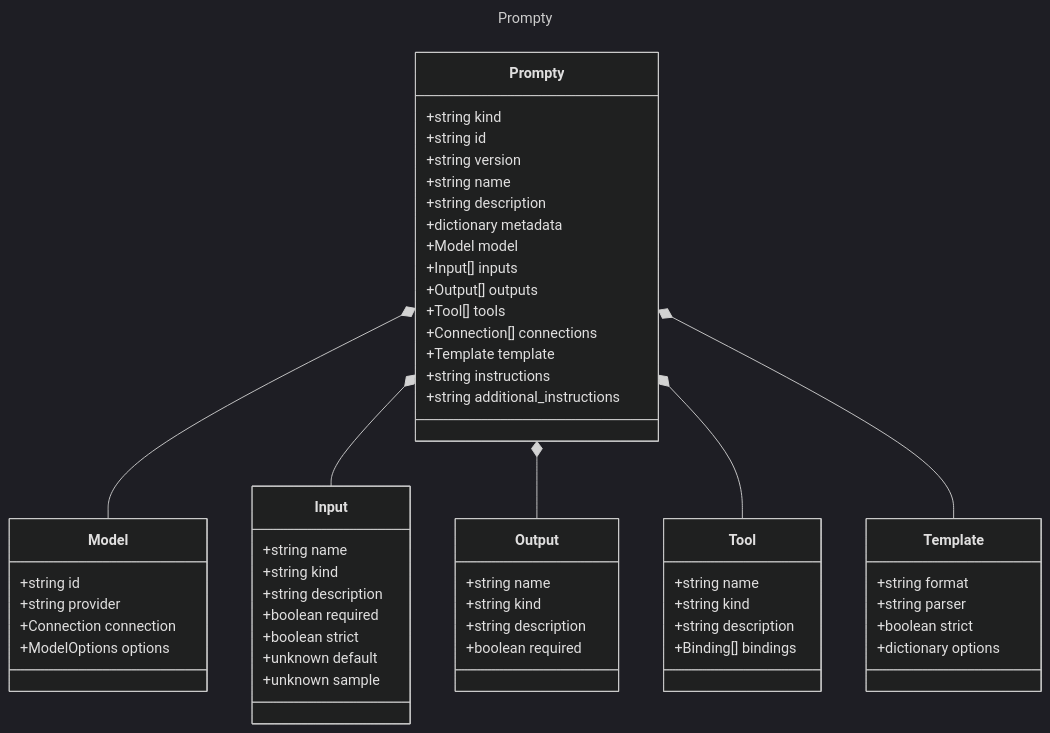
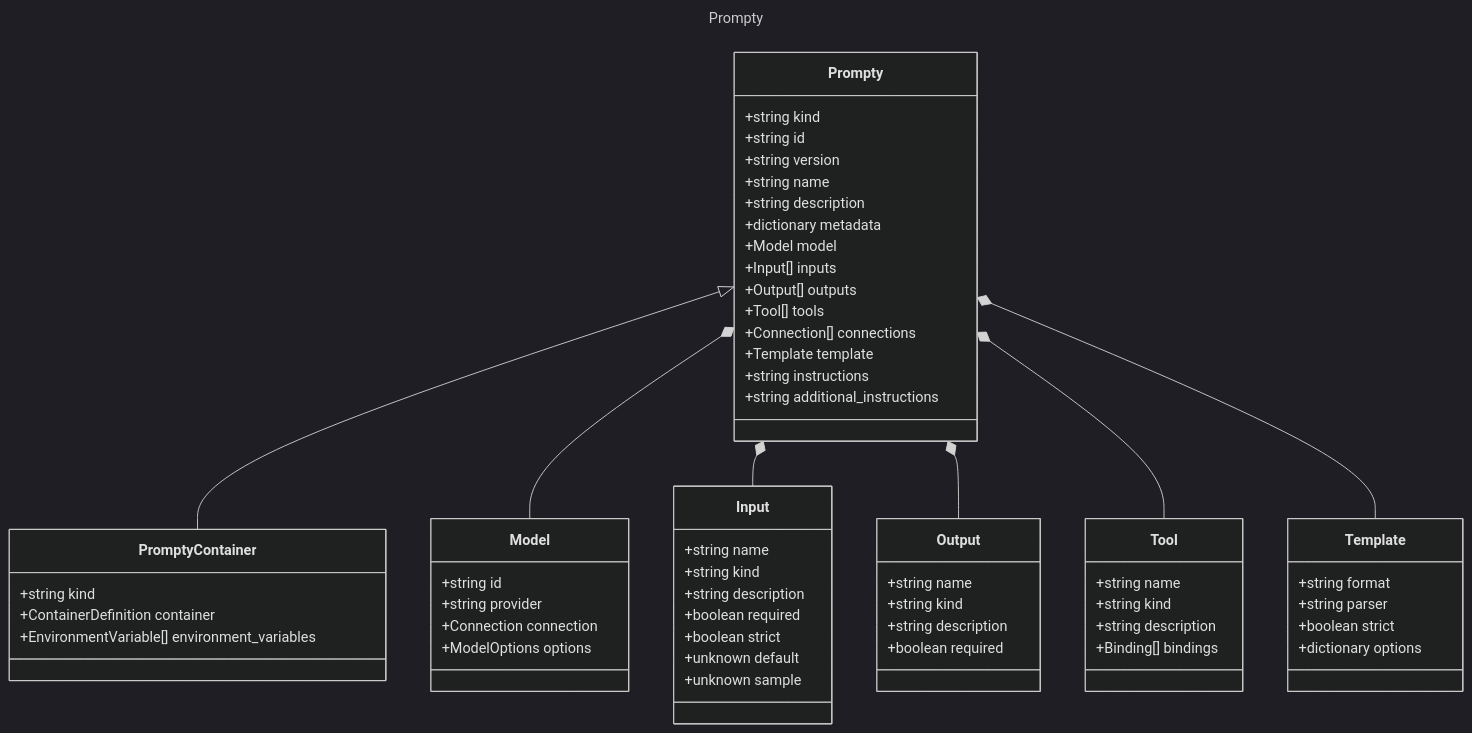
Before and after one commit to microsoft/prompty: the diagram in specification/prompty/docs/Prompty.md, drawn with Mermaid (dark theme). The commit also changed other lines of this file and 20 other files, not shown here.

Commit message:
added prompty container and model tool

````diff
--- a/specification/prompty/docs/Prompty.md
+++ b/specification/prompty/docs/Prompty.md
@@ -12,60 +12,66 @@
 ```mermaid
 ---
 title: Prompty
 ---
 classDiagram
     class Prompty {
         +string kind
         +string id
         +string version
         +string name
         +string description
         +dictionary metadata
         +Model model
         +Input[] inputs
         +Output[] outputs
         +Tool[] tools
         +Connection[] connections
         +Template template
         +string instructions
         +string additional_instructions
     }
+    class PromptyContainer {
+        +string kind
+        +ContainerDefinition container
+        +EnvironmentVariable[] environment_variables
+    }
+    Prompty <|-- PromptyContainer
     class Model {
         +string id
         +string provider
         +Connection connection
         +ModelOptions options
     }
     Prompty *-- Model
     class Input {
         +string name
         +string kind
         +string description
         +boolean required
         +boolean strict
         +unknown default
         +unknown sample
     }
     Prompty *-- Input
     class Output {
         +string name
         +string kind
         +string description
         +boolean required
     }
     Prompty *-- Output
     class Tool {
         +string name
         +string kind
         +string description
         +Binding[] bindings
     }
     Prompty *-- Tool
     class Template {
         +string format
         +string parser
         +boolean strict
         +dictionary options
     }
     Prompty *-- Template
 ```
````
